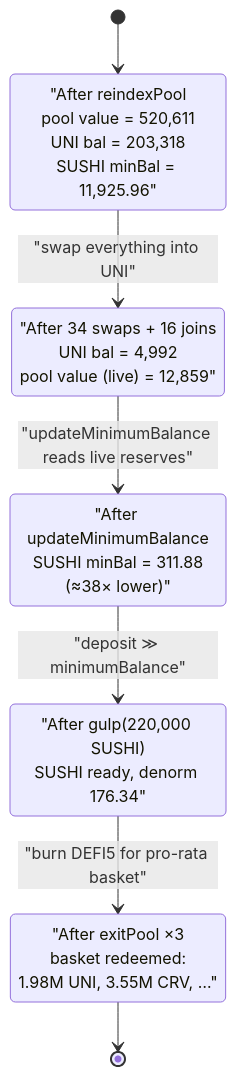
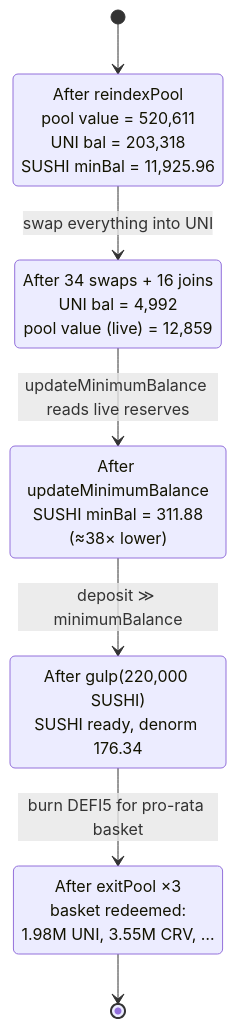
The second of 3 diagrams in 2021-10-IndexedFinance_exp/IndexedFinance_exp.md (sanbir/evm-hack-registry), drawn with Mermaid before and after one commit. The commit also changed 280 other files, not shown here.

Commit message:
mermaid fixes

````diff
--- a/2021-10-IndexedFinance_exp/IndexedFinance_exp.md
+++ b/2021-10-IndexedFinance_exp/IndexedFinance_exp.md
@@ -354,15 +354,15 @@
 ```mermaid
 stateDiagram-v2
     [*] --> Reindexed
-    Reindexed: "After reindexPool<br/>pool value = 520,611<br/>UNI bal = 203,318<br/>SUSHI minBal = 11,925.96"
-    Drained: "After 34 swaps + 16 joins<br/>UNI bal = 4,992<br/>pool value (live) = 12,859"
-    Debased: "After updateMinimumBalance<br/>SUSHI minBal = 311.88<br/>(≈38× lower)"
-    Ready: "After gulp(220,000 SUSHI)<br/>SUSHI ready, denorm 176.34"
-    Drained2: "After exitPool ×3<br/>basket redeemed:<br/>1.98M UNI, 3.55M CRV, …"
+    Reindexed: After reindexPool<br/>pool value = 520,611<br/>UNI bal = 203,318<br/>SUSHI minBal = 11,925.96
+    Drained: After 34 swaps + 16 joins<br/>UNI bal = 4,992<br/>pool value (live) = 12,859
+    Debased: After updateMinimumBalance<br/>SUSHI minBal = 311.88<br/>(≈38× lower)
+    Ready: After gulp(220,000 SUSHI)<br/>SUSHI ready, denorm 176.34
+    Drained2: After exitPool ×3<br/>basket redeemed#58;<br/>1.98M UNI, 3.55M CRV, …
 
-    Reindexed --> Drained: "swap everything into UNI"
-    Drained --> Debased: "updateMinimumBalance reads live reserves"
-    Debased --> Ready: "deposit ≫ minimumBalance"
-    Ready --> Drained2: "burn DEFI5 for pro-rata basket"
+    Reindexed --> Drained: swap everything into UNI
+    Drained --> Debased: updateMinimumBalance reads live reserves
+    Debased --> Ready: deposit ≫ minimumBalance
+    Ready --> Drained2: burn DEFI5 for pro-rata basket
     Drained2 --> [*]
 ```
````
